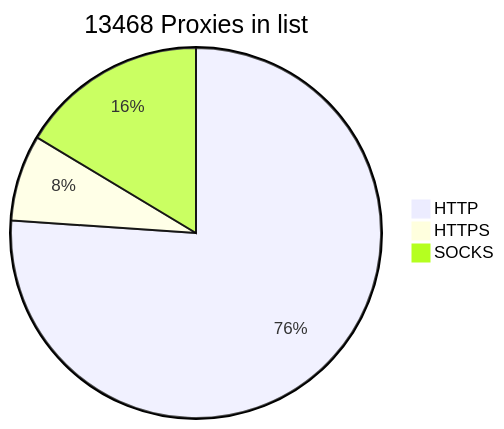
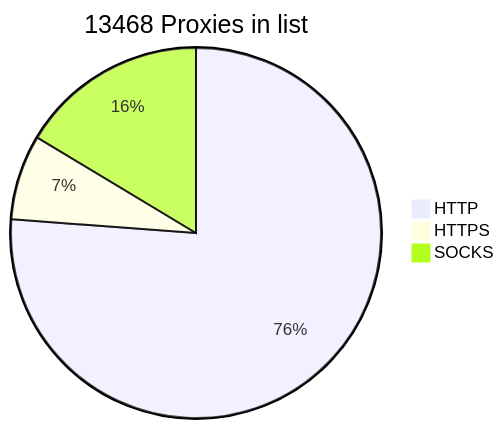
The diagram in README.md (BlackSnowDot/proxylist-update-every-minute), drawn with Mermaid before and after one commit.

````diff
--- a/README.md
+++ b/README.md
@@ -2,6 +2,6 @@
 ```mermaid
 pie title 13468 Proxies in list
-    "HTTP" : 10432
-    "HTTPS": 1032
+    "HTTP" : 10447
+    "HTTPS": 1018
     "SOCKS" : 2247
 ```
````
